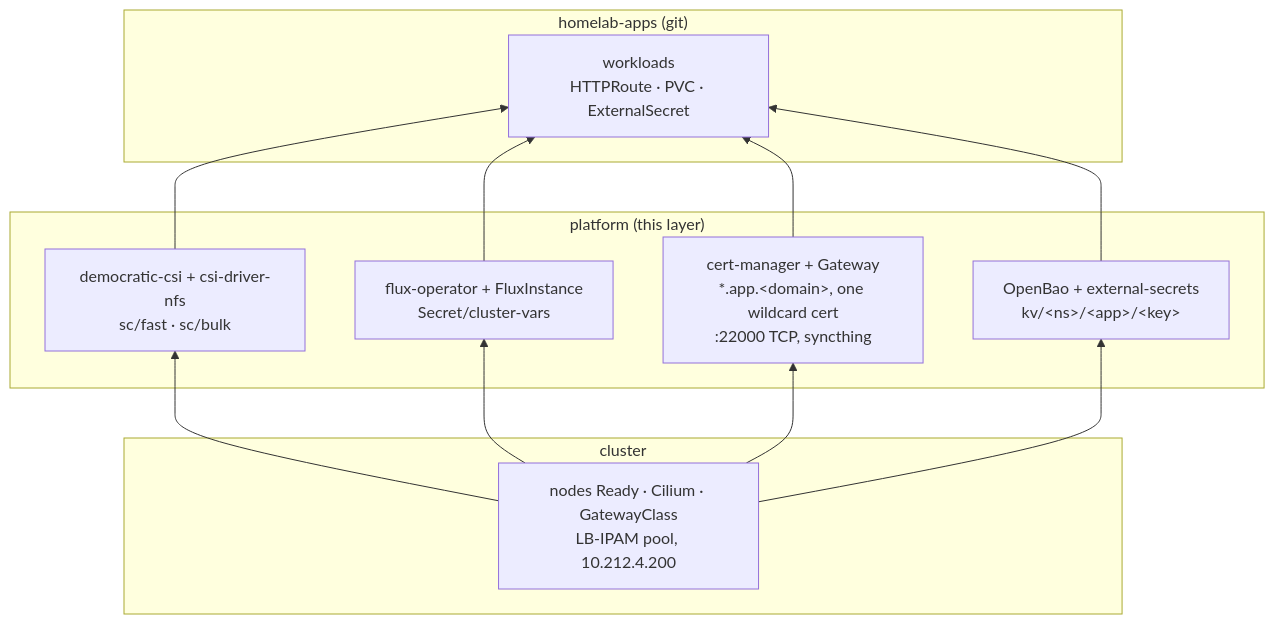
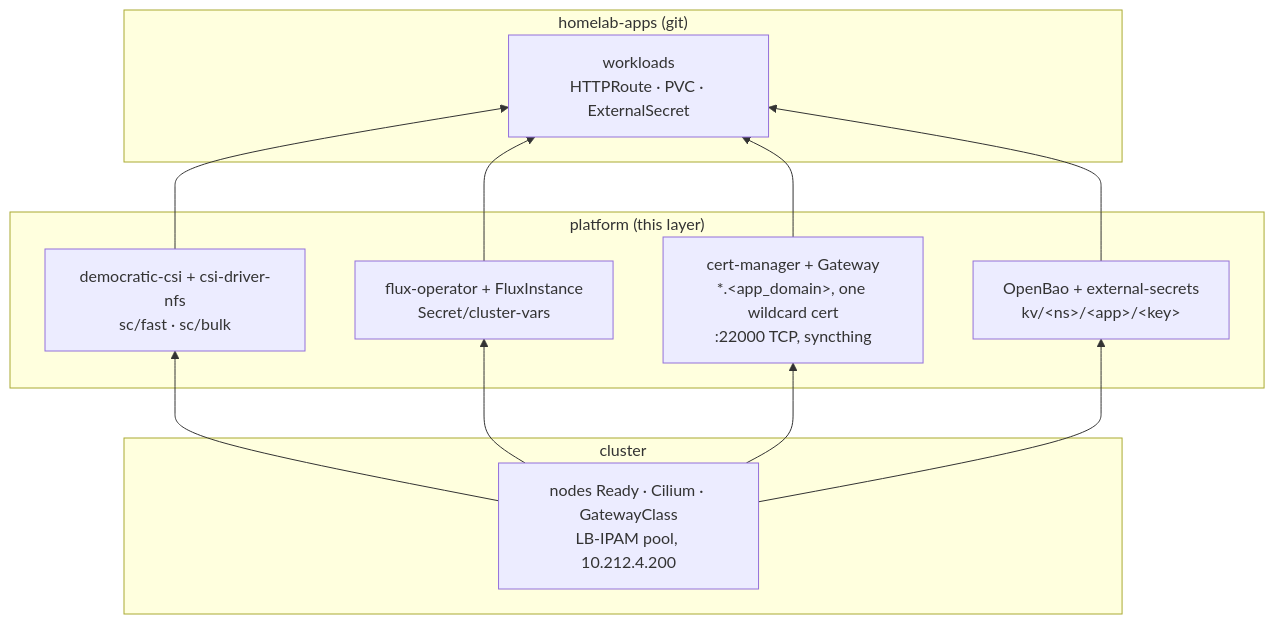
Before and after one commit to Sojamann/homelab: the diagram in platform/README.md, drawn with Mermaid. The commit also changed other lines of this file and 79 other files, not shown here.

````diff
--- a/platform/README.md
+++ b/platform/README.md
@@ -12,20 +17,20 @@
 ```mermaid
 flowchart BT
   subgraph apps["homelab-apps (git)"]
     workloads["workloads<br/>HTTPRoute · PVC · ExternalSecret"]
   end
 
   subgraph platform["platform (this layer)"]
     storage["democratic-csi + csi-driver-nfs<br/>sc/fast · sc/bulk"]
     gitops["flux-operator + FluxInstance<br/>Secret/cluster-vars"]
-    door["cert-manager + Gateway<br/>*.app.&lt;domain&gt;, one wildcard cert<br/>:22000 TCP, syncthing"]
+    door["cert-manager + Gateway<br/>*.&lt;app_domain&gt;, one wildcard cert<br/>:22000 TCP, syncthing"]
     secrets["OpenBao + external-secrets<br/>kv/&lt;ns&gt;/&lt;app&gt;/&lt;key&gt;"]
   end
 
   subgraph cluster["cluster"]
     base["nodes Ready · Cilium · GatewayClass<br/>LB-IPAM pool, 10.212.4.200"]
   end
 
   base --> storage & gitops & door & secrets
   storage & gitops & door & secrets --> workloads
 ```
````
